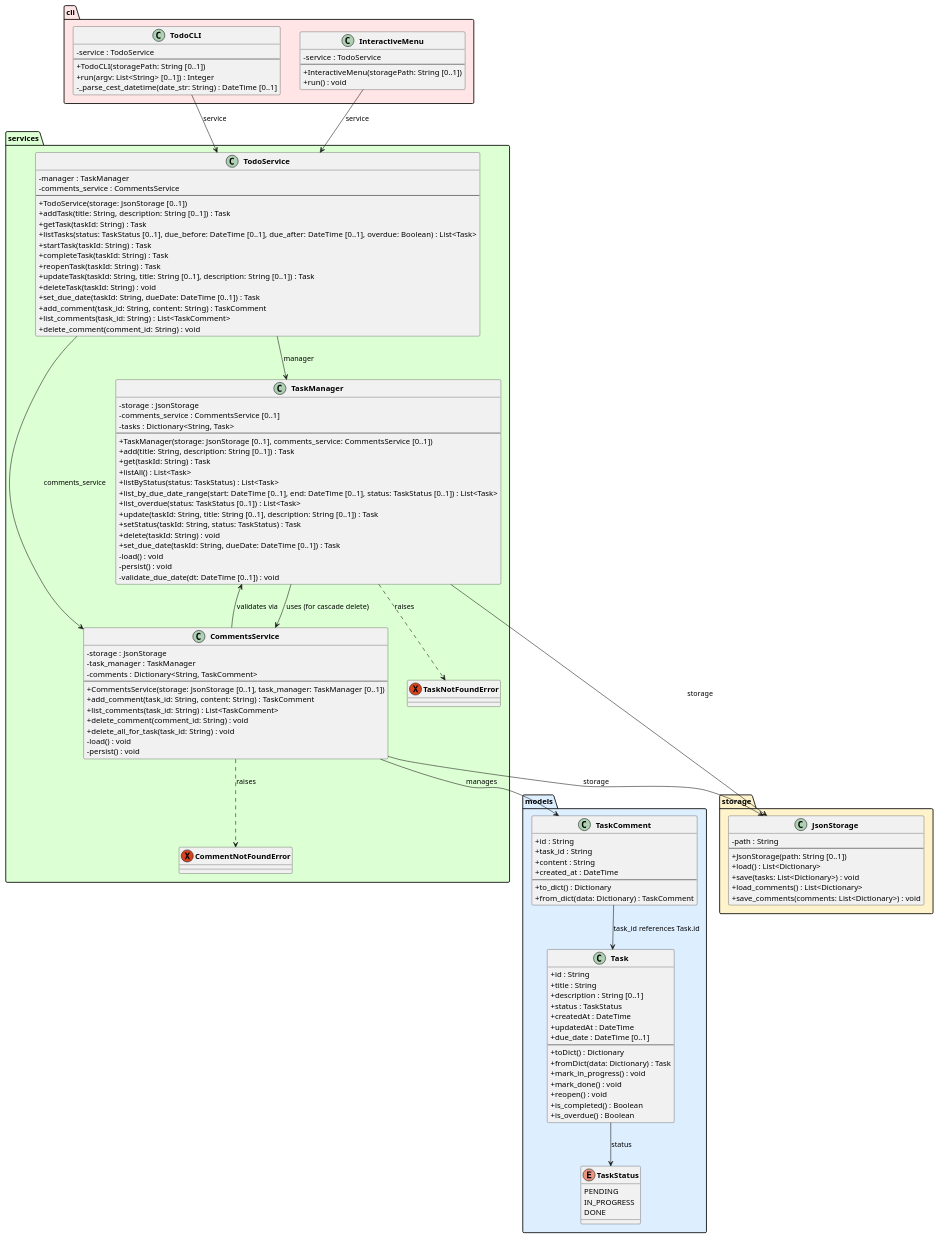
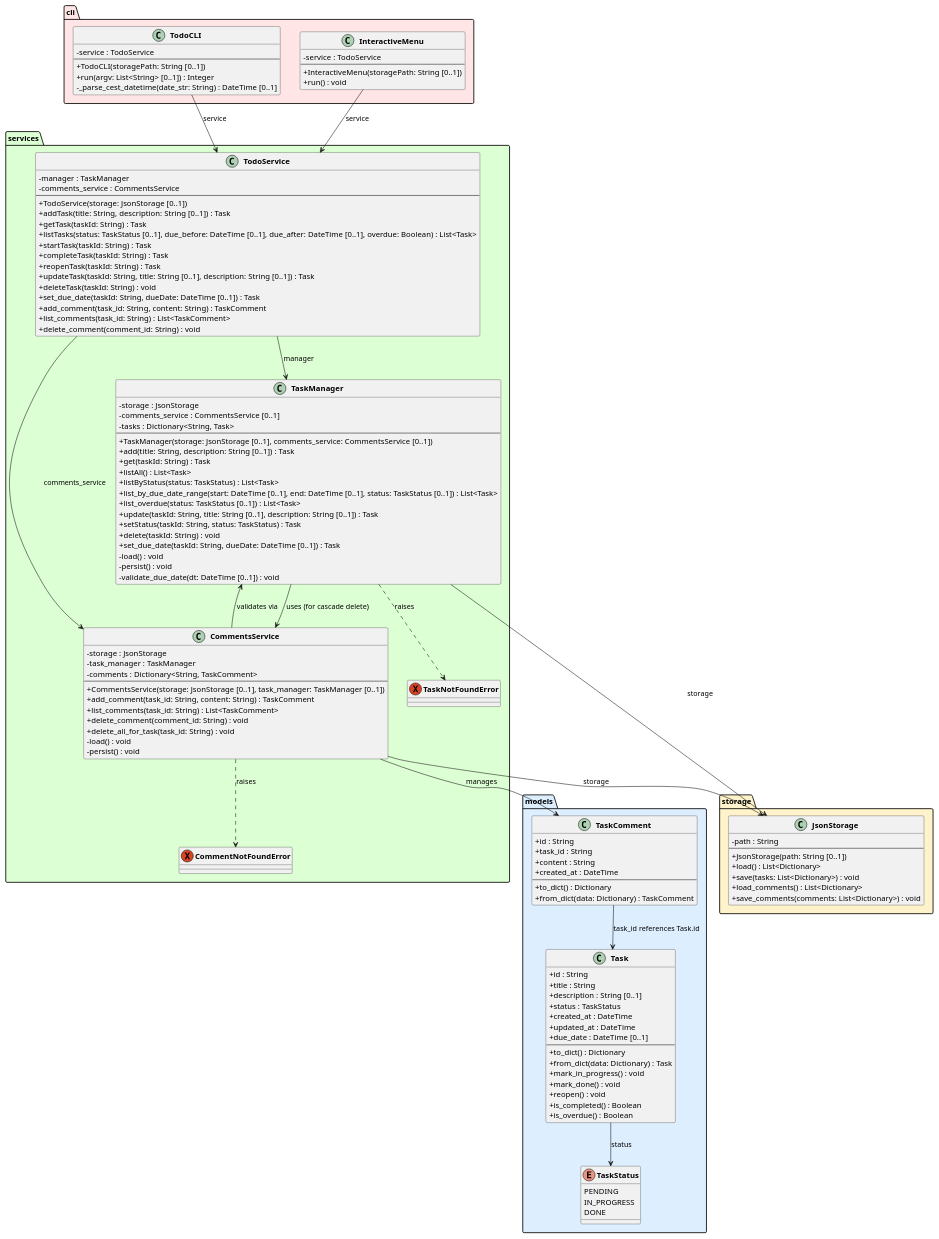
One commit to DanielRiha8906/Software_autoevolution_using_agents changed the diagram in experiments/supervisor_as_tools/structured_text/TODO/artifacts/class_diagram.puml. Above: the diagram before and after it, drawn with PlantUML.

Commit message:
task 05 | supervisor_as_tools / structured_text / TODO
Update class_diagram.puml to correct attribute and method naming from camelCase to snake_case to match Python implementation.

- Fixed createdAt → created_at
- Fixed updatedAt → updated_at
- Fixed toDict() → to_dict()
- Fixed fromDict() → from_dict()

All tests passing (150/150). Due date and overdue filtering fully implemented.

```diff
--- a/experiments/supervisor_as_tools/structured_text/TODO/artifacts/class_diagram.puml
+++ b/experiments/supervisor_as_tools/structured_text/TODO/artifacts/class_diagram.puml
@@ -1,144 +1,144 @@
 @startuml class_diagram
 
 skinparam classAttributeIconSize 0
 skinparam classFontStyle bold
 
 package "models" #DDEEFF {
     enum TaskStatus {
         PENDING
         IN_PROGRESS
         DONE
     }
 
     class Task {
         +id : String
         +title : String
         +description : String [0..1]
         +status : TaskStatus
-        +createdAt : DateTime
-        +updatedAt : DateTime
+        +created_at : DateTime
+        +updated_at : DateTime
         +due_date : DateTime [0..1]
         --
-        +toDict() : Dictionary
-        +fromDict(data: Dictionary) : Task
+        +to_dict() : Dictionary
+        +from_dict(data: Dictionary) : Task
         +mark_in_progress() : void
         +mark_done() : void
         +reopen() : void
         +is_completed() : Boolean
         +is_overdue() : Boolean
     }
 
     class TaskComment {
         +id : String
         +task_id : String
         +content : String
         +created_at : DateTime
         --
         +to_dict() : Dictionary
         +from_dict(data: Dictionary) : TaskComment
     }
 }
 
 package "storage" #FFF3CC {
     class JsonStorage {
         -path : String
         --
         +JsonStorage(path: String [0..1])
         +load() : List<Dictionary>
         +save(tasks: List<Dictionary>) : void
         +load_comments() : List<Dictionary>
         +save_comments(comments: List<Dictionary>) : void
     }
 }
 
 package "services" #DDFFD4 {
     exception TaskNotFoundError
     exception CommentNotFoundError
 
     class TaskManager {
         -storage : JsonStorage
         -comments_service : CommentsService [0..1]
         -tasks : Dictionary<String, Task>
         --
         +TaskManager(storage: JsonStorage [0..1], comments_service: CommentsService [0..1])
         +add(title: String, description: String [0..1]) : Task
         +get(taskId: String) : Task
         +listAll() : List<Task>
         +listByStatus(status: TaskStatus) : List<Task>
         +list_by_due_date_range(start: DateTime [0..1], end: DateTime [0..1], status: TaskStatus [0..1]) : List<Task>
         +list_overdue(status: TaskStatus [0..1]) : List<Task>
         +update(taskId: String, title: String [0..1], description: String [0..1]) : Task
         +setStatus(taskId: String, status: TaskStatus) : Task
         +delete(taskId: String) : void
         +set_due_date(taskId: String, dueDate: DateTime [0..1]) : Task
         -load() : void
         -persist() : void
         -validate_due_date(dt: DateTime [0..1]) : void
     }
 
     class CommentsService {
         -storage : JsonStorage
         -task_manager : TaskManager
         -comments : Dictionary<String, TaskComment>
         --
         +CommentsService(storage: JsonStorage [0..1], task_manager: TaskManager [0..1])
         +add_comment(task_id: String, content: String) : TaskComment
         +list_comments(task_id: String) : List<TaskComment>
         +delete_comment(comment_id: String) : void
         +delete_all_for_task(task_id: String) : void
         -load() : void
         -persist() : void
     }
 
     class TodoService {
         -manager : TaskManager
         -comments_service : CommentsService
         --
         +TodoService(storage: JsonStorage [0..1])
         +addTask(title: String, description: String [0..1]) : Task
         +getTask(taskId: String) : Task
         +listTasks(status: TaskStatus [0..1], due_before: DateTime [0..1], due_after: DateTime [0..1], overdue: Boolean) : List<Task>
         +startTask(taskId: String) : Task
         +completeTask(taskId: String) : Task
         +reopenTask(taskId: String) : Task
         +updateTask(taskId: String, title: String [0..1], description: String [0..1]) : Task
         +deleteTask(taskId: String) : void
         +set_due_date(taskId: String, dueDate: DateTime [0..1]) : Task
         +add_comment(task_id: String, content: String) : TaskComment
         +list_comments(task_id: String) : List<TaskComment>
         +delete_comment(comment_id: String) : void
     }
 }
 
 package "cli" #FFE5E5 {
     class TodoCLI {
         -service : TodoService
         --
         +TodoCLI(storagePath: String [0..1])
         +run(argv: List<String> [0..1]) : Integer
         -_parse_cest_datetime(date_str: String) : DateTime [0..1]
     }
 
     class InteractiveMenu {
         -service : TodoService
         --
         +InteractiveMenu(storagePath: String [0..1])
         +run() : void
     }
 }
 
 Task --> TaskStatus : status
 TaskComment --> Task : task_id references Task.id
 TaskManager --> JsonStorage : storage
 TaskManager --> CommentsService : uses (for cascade delete)
 TaskManager ..> TaskNotFoundError : raises
 CommentsService --> JsonStorage : storage
 CommentsService --> TaskManager : validates via
 CommentsService --> TaskComment : manages
 CommentsService ..> CommentNotFoundError : raises
 TodoService --> TaskManager : manager
 TodoService --> CommentsService : comments_service
 TodoCLI --> TodoService : service
 InteractiveMenu --> TodoService : service
 
 @enduml
```
